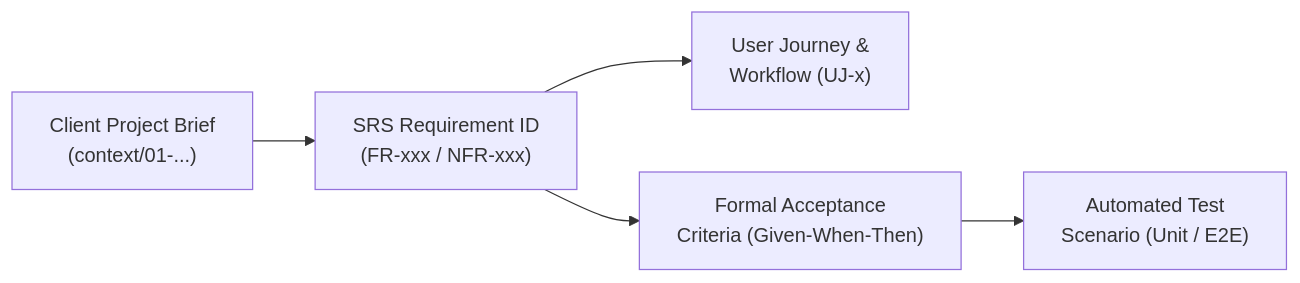
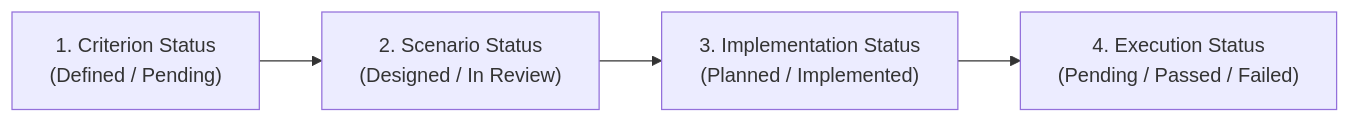
The diagram in docs/00-project-overview/traceability-matrix.md (Y0oLK/teamflow), drawn with Mermaid before and after one commit. The commit also changed other lines of this file and 4 other files, not shown here.

Commit message:
docs: incorporate approved Q1-Q6 architecture decisions, string fractional indexing, and technical hardening into SRS v1.2.0

````diff
--- a/docs/00-project-overview/traceability-matrix.md
+++ b/docs/00-project-overview/traceability-matrix.md
@@ -12,7 +14,6 @@
 ```mermaid
 flowchart LR
-    A["Client Project Brief\n(context/01-...)"] --> B["SRS Requirement ID\n(FR-xxx / NFR-xxx)"]
-    B --> C["User Journey &\nWorkflow (UJ-x)"]
-    B --> D["Formal Acceptance\nCriteria (Given-When-Then)"]
-    D --> E["Automated Test\nScenario (Unit / E2E)"]
+    C["1. Criterion Status\n(Defined / Pending)"] --> S["2. Scenario Status\n(Designed / In Review)"]
+    S --> I["3. Implementation Status\n(Planned / Implemented)"]
+    I --> E["4. Execution Status\n(Pending / Passed / Failed)"]
 ```
````
